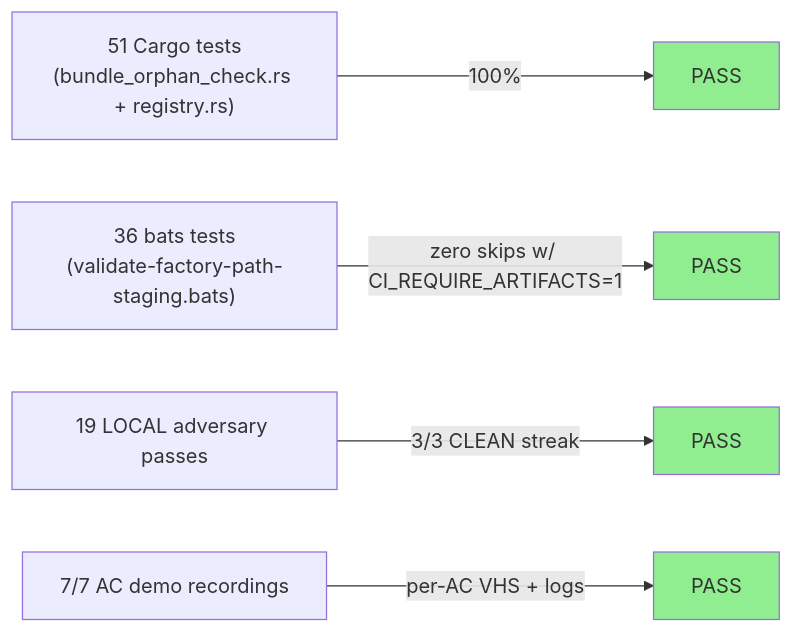
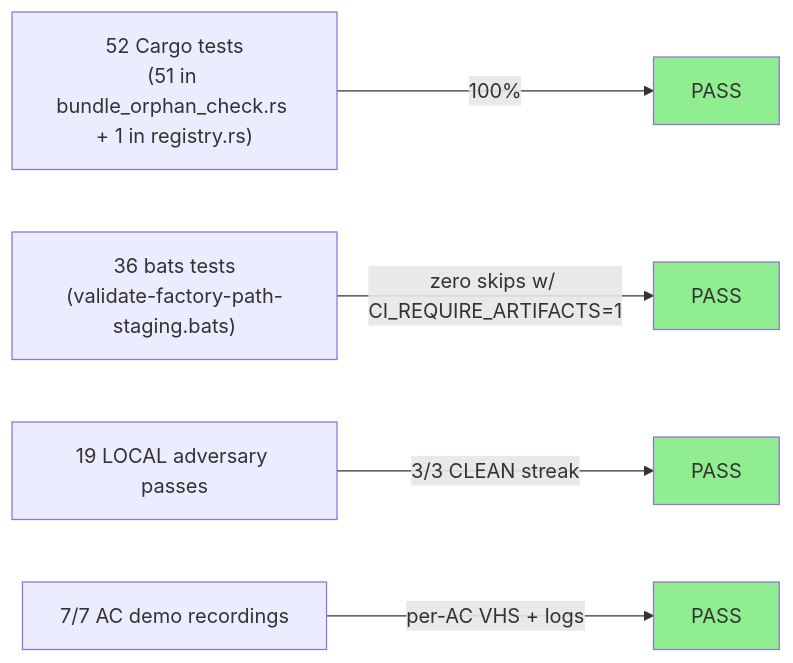
The fourth of 5 diagrams in code-delivery/S-21.09/pr-description.md (drbothen/vsdd-factory), drawn with Mermaid before and after one commit. The commit also changed other lines of this file and 12 other files, not shown here.

````diff
--- a/code-delivery/S-21.09/pr-description.md
+++ b/code-delivery/S-21.09/pr-description.md
@@ -130,17 +130,17 @@
 ```mermaid
 graph LR
-    Unit["51 Cargo tests<br/>(bundle_orphan_check.rs + registry.rs)"]
+    Unit["52 Cargo tests<br/>(51 in bundle_orphan_check.rs + 1 in registry.rs)"]
     Bats["36 bats tests<br/>(validate-factory-path-staging.bats)"]
     Adversarial["19 LOCAL adversary passes"]
     Demo["7/7 AC demo recordings"]
 
     Unit -->|100%| Pass1["PASS"]
     Bats -->|zero skips w/ CI_REQUIRE_ARTIFACTS=1| Pass2["PASS"]
     Adversarial -->|3/3 CLEAN streak| Pass3["PASS"]
     Demo -->|per-AC VHS + logs| Pass4["PASS"]
 
     style Pass1 fill:#90EE90
     style Pass2 fill:#90EE90
     style Pass3 fill:#90EE90
     style Pass4 fill:#90EE90
 ```
````
